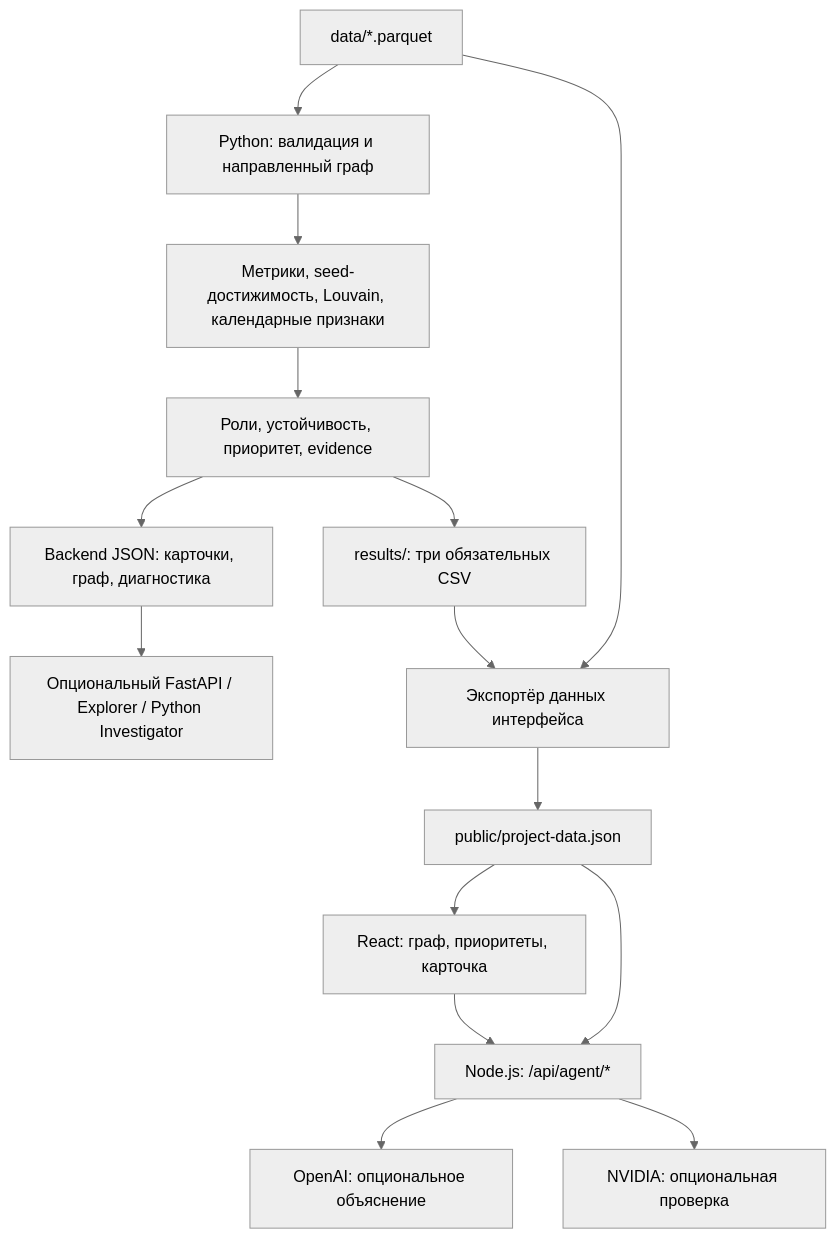
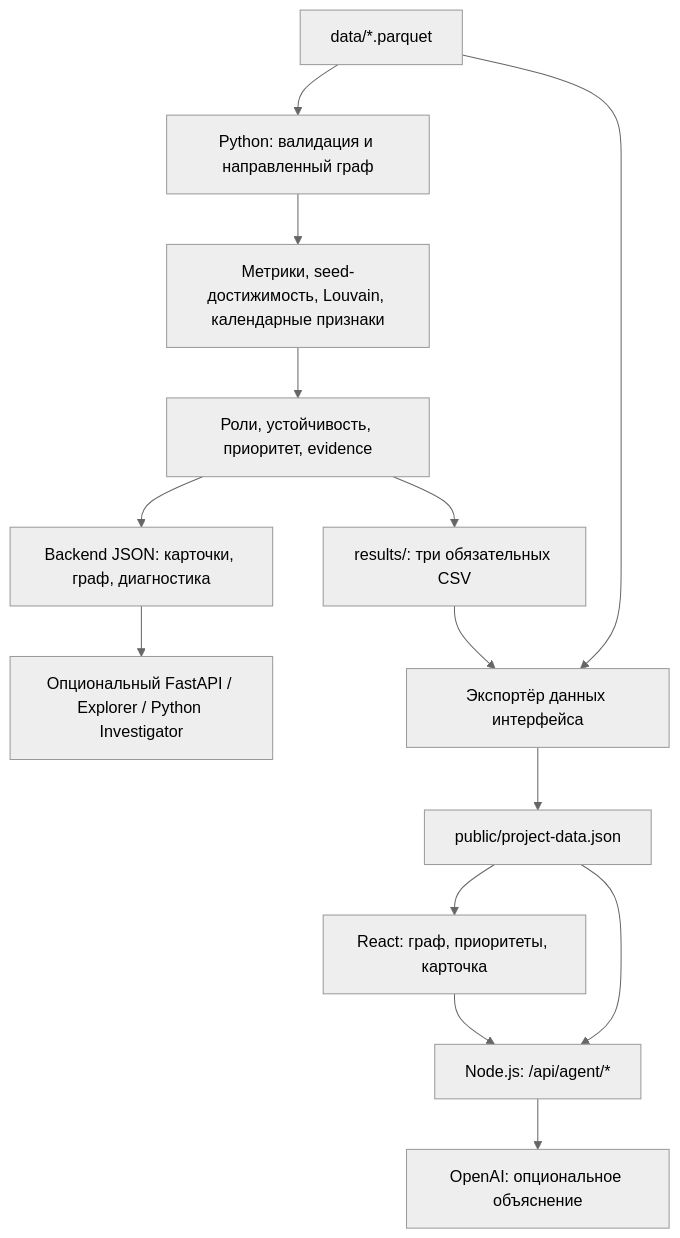
Before and after one commit to BAITC-Hacks/hack-7cf34f56-aman-ai: the diagram in README.md, drawn with Mermaid (neutral theme). The commit also changed other lines of this file and 5 other files, not shown here.

````diff
--- a/README.md
+++ b/README.md
@@ -129,17 +128,16 @@
 ```mermaid
 flowchart TD
     D["data/*.parquet"] --> P["Python: валидация и направленный граф"]
     P --> F["Метрики, seed-достижимость, Louvain, календарные признаки"]
     F --> R["Роли, устойчивость, приоритет, evidence"]
     R --> C["results/: три обязательных CSV"]
     R --> B["Backend JSON: карточки, граф, диагностика"]
     B --> H["Опциональный FastAPI / Explorer / Python Investigator"]
     C --> E["Экспортёр данных интерфейса"]
     D --> E
     E --> J["public/project-data.json"]
     J --> U["React: граф, приоритеты, карточка"]
     U --> A["Node.js: /api/agent/*"]
     J --> A
     A --> O["OpenAI: опциональное объяснение"]
-    A --> N["NVIDIA: опциональная проверка"]
 ```
````
